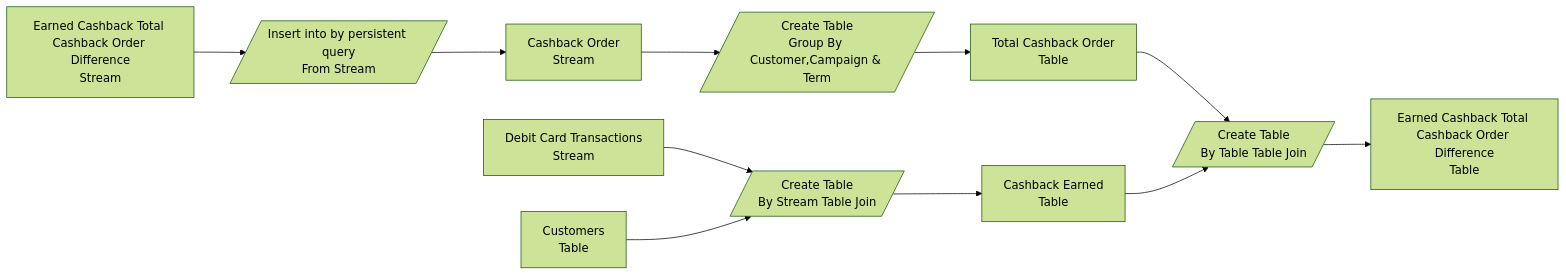
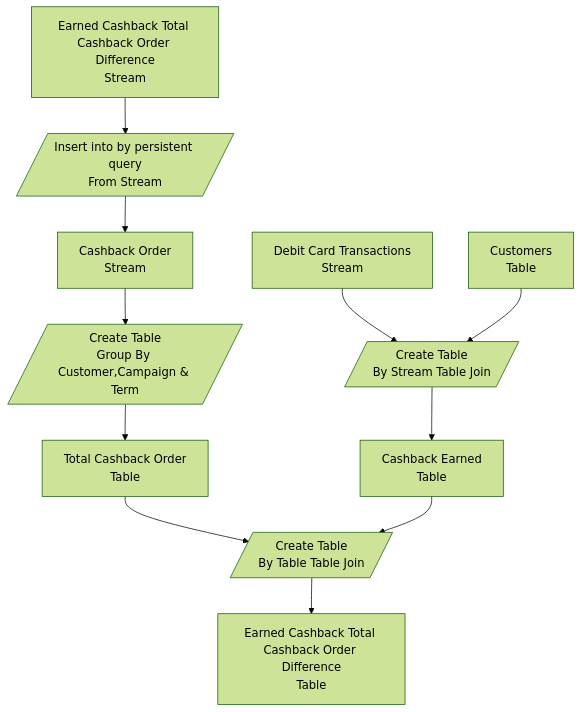
The diagram in README.md (darcoakk/campaign_demo), drawn with Mermaid (forest theme) before and after one commit.

Commit message:
LR to TB

````diff
--- a/README.md
+++ b/README.md
@@ -3,21 +3,21 @@
 ```mermaid
-graph LR;
+graph TB;
     join1[/Create Table<br>By Stream Table Join/]
     summarize1[/Create Table<br>Group By Customer,Campaign & Term/]
     join2[/Create Table<br>By Table Table Join/]
     pquery[/Insert into by persistent query<br>From Stream/]
     txn[Debit Card Transactions<br>Stream]
     cust[Customers<br>Table]
     earned[Cashback Earned<br>Table]
     order[Cashback Order<br>Stream]
     ordertotal[Total Cashback Order<br>Table]
     txn-->join1
     cust-->join1
     join1 --> earned
     order-->summarize1-->ordertotal;
     ordertotal-->join2-->earnedorderdiff;
     earned-->join2;
     earnedorderdiffstream-->pquery-->order;
     earnedorderdiff[Earned Cashback Total Cashback Order Difference<br>Table]
     earnedorderdiffstream[Earned Cashback Total Cashback Order Difference<br>Stream]
 ```
````
